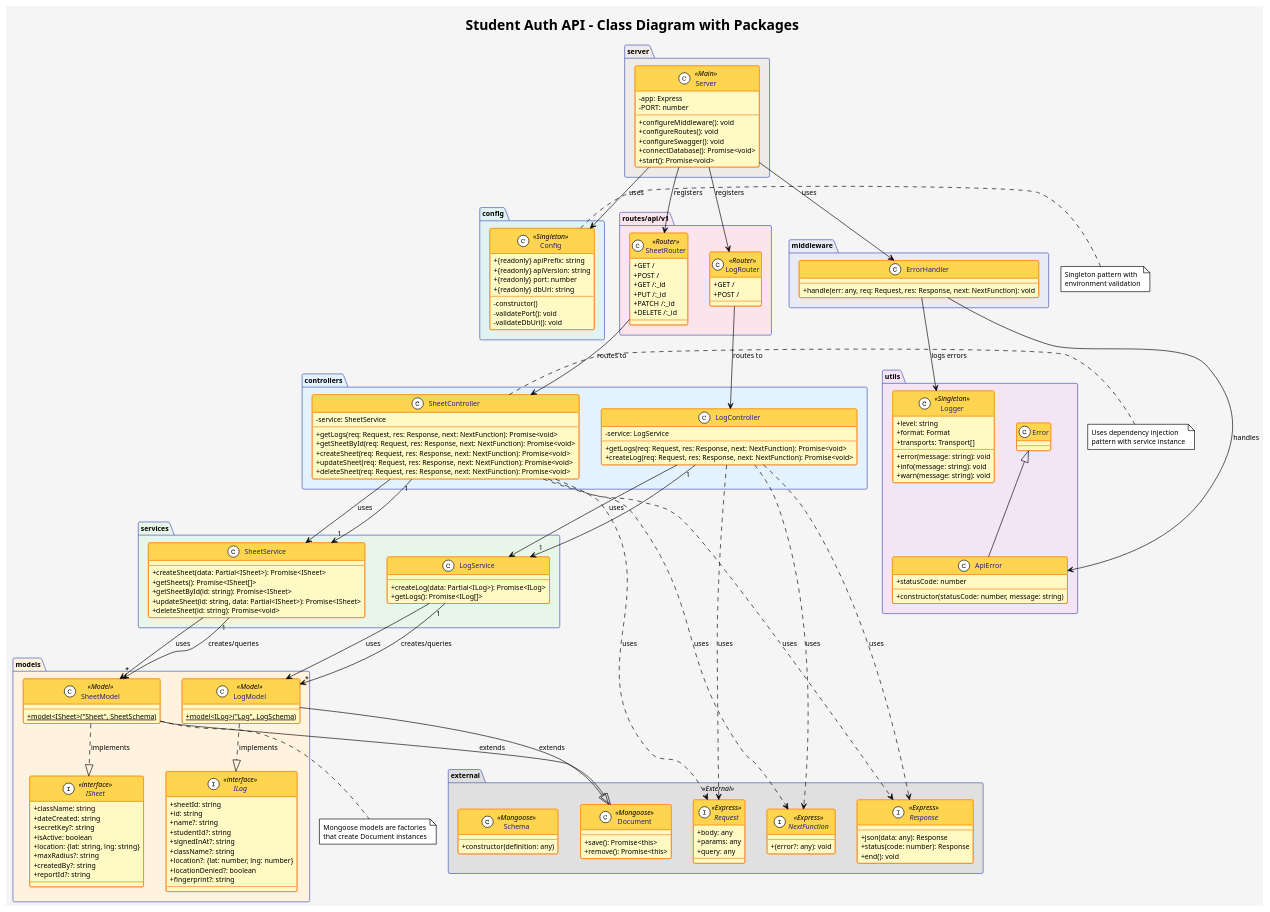
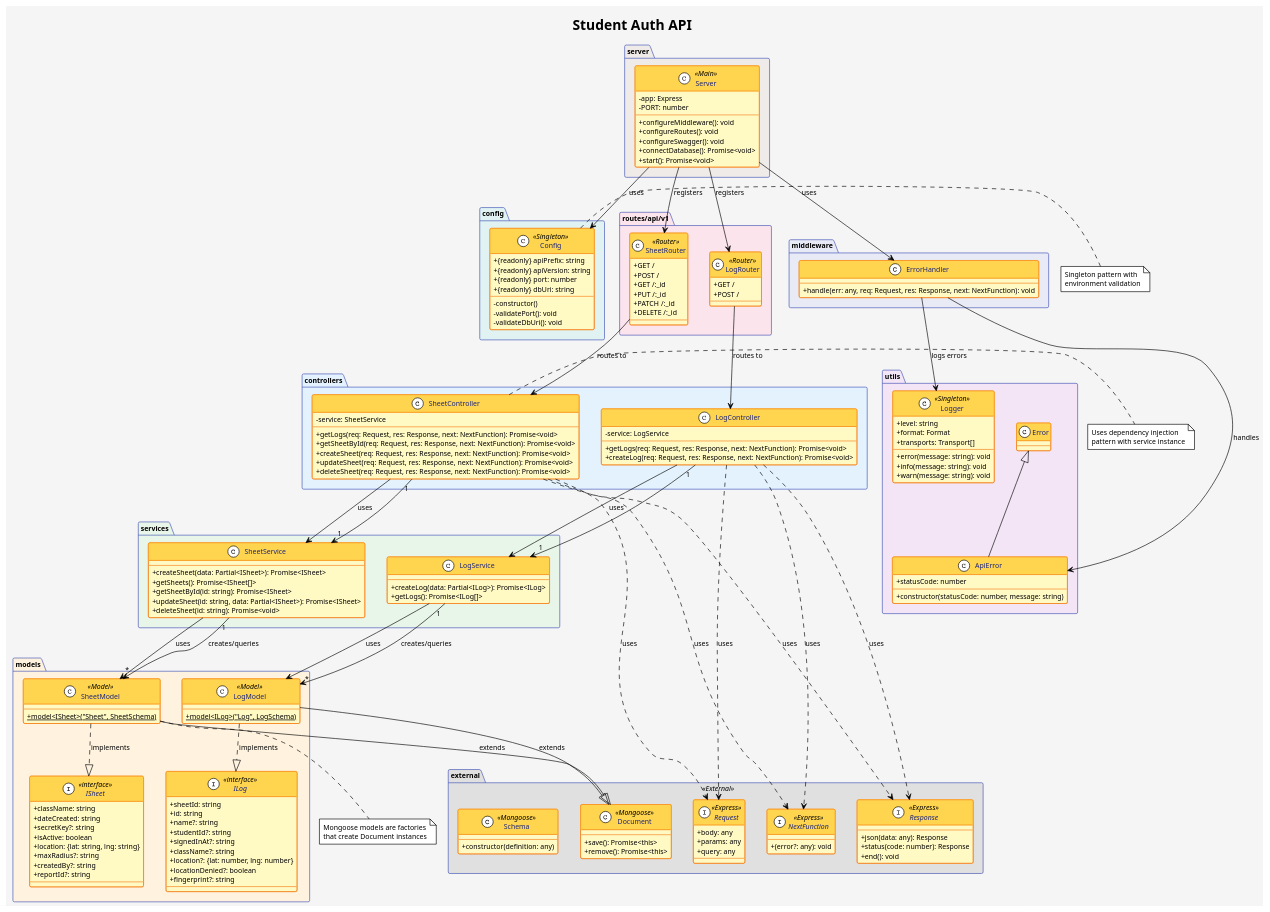
One commit to AvinaashGhansam/student-auth-api changed the diagram in src/design/architecture-model.puml. Above: the diagram before and after it, drawn with PlantUML. The commit also changed 7 other files, not shown here.

```diff
--- a/src/design/architecture-model.puml
+++ b/src/design/architecture-model.puml
@@ -20,8 +20,7 @@
     IBackgroundColor #9FA8DA
 }
 
-title Student Auth API - Class Diagram with Packages
-
+title Student Auth API
 ' Controllers Package
 package "controllers" #E3F2FD {
     class SheetController {
```
